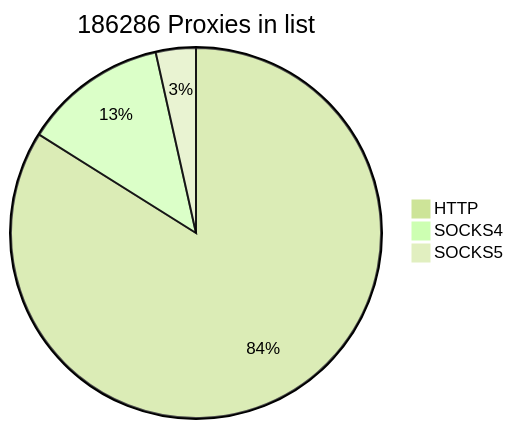
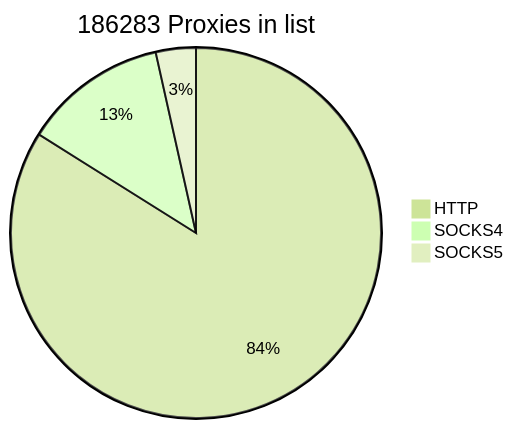
The first of 2 diagrams in README.md (cutipu/proxylist), drawn with Mermaid (forest theme) before and after one commit. The commit also changed other lines of this file, not shown here.

````diff
--- a/README.md
+++ b/README.md
@@ -2,7 +2,7 @@
 ```mermaid
-pie title 186286 Proxies in list
-    "HTTP" : 156328
-    "SOCKS4" : 23446
-    "SOCKS5" : 6512
+pie title 186283 Proxies in list
+    "HTTP" : 156324
+    "SOCKS4" : 23448
+    "SOCKS5" : 6511
             
 ```
````
